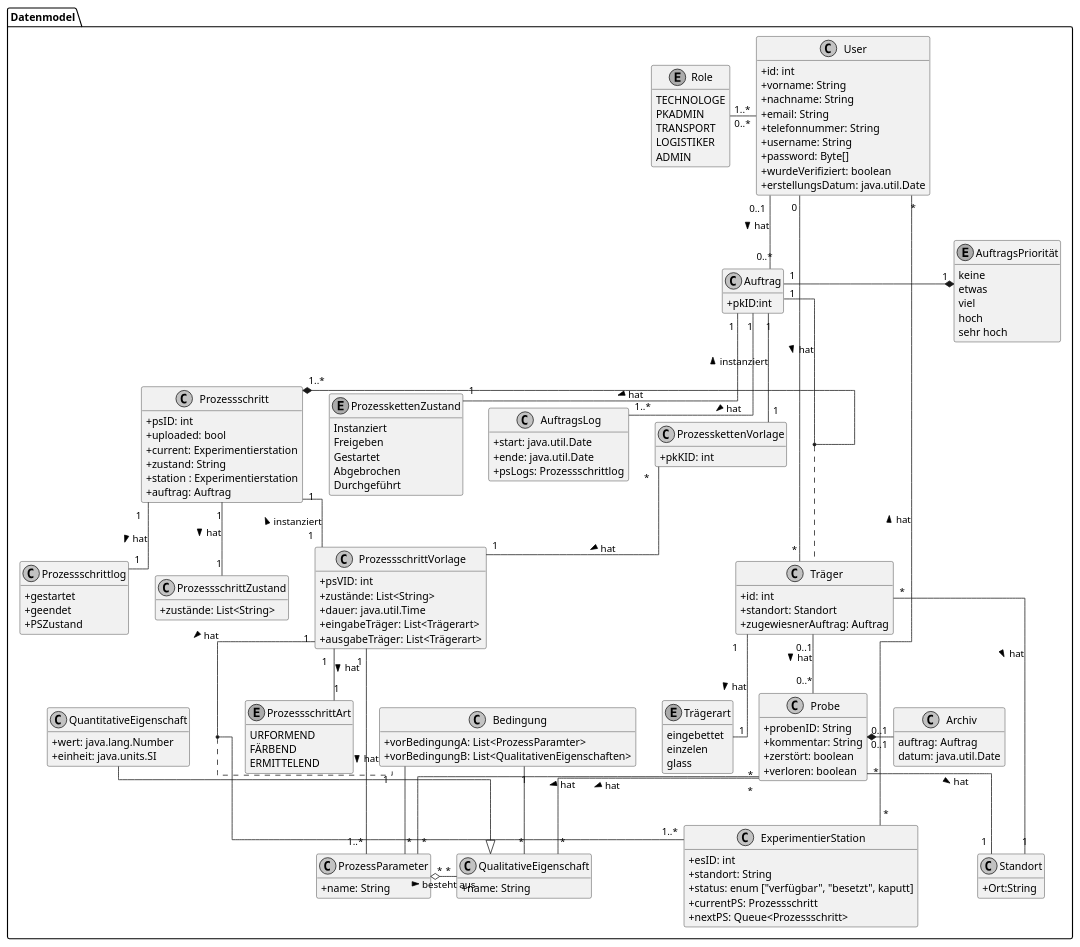
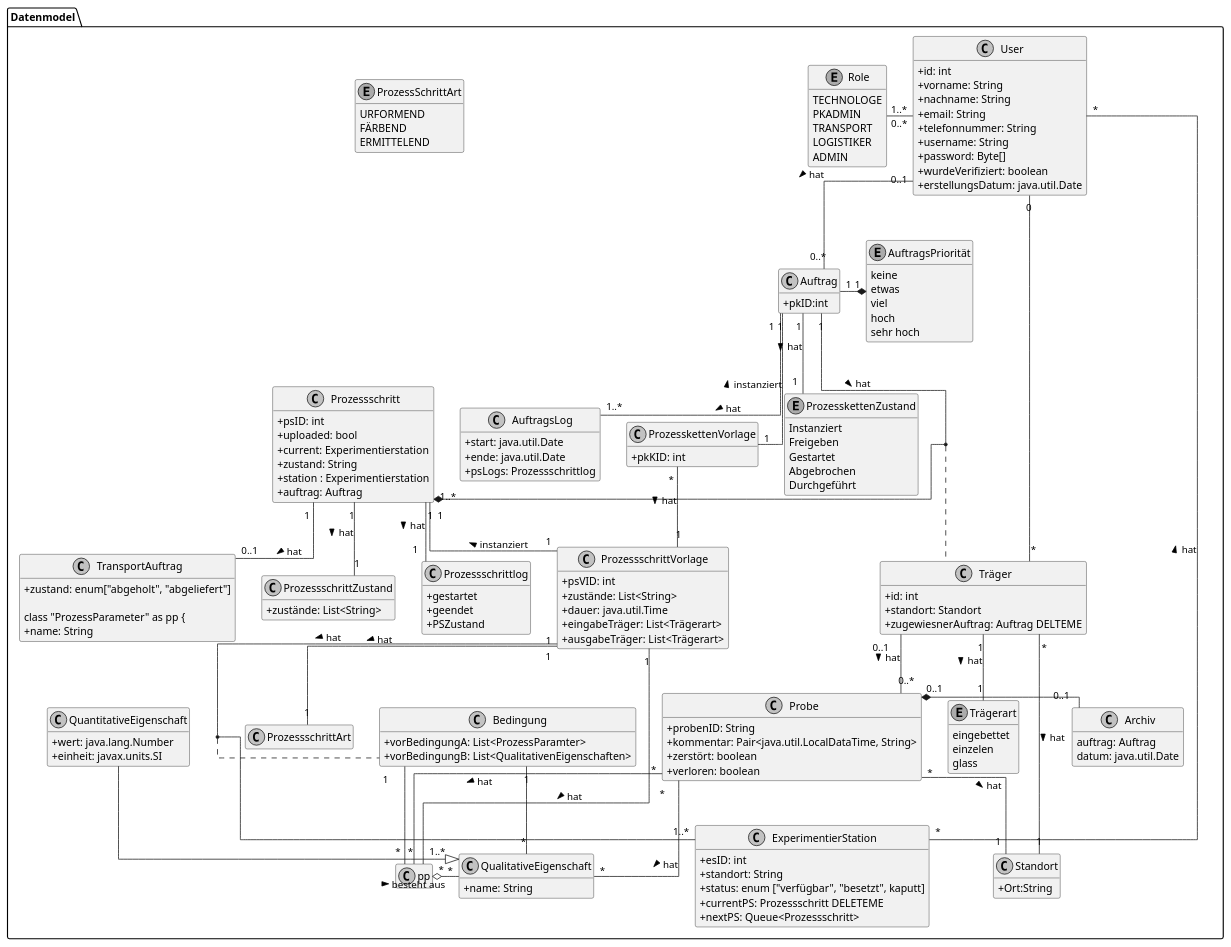
The ninth of 9 diagrams in doc/UML/plantuml.org (fkehlenb/softwareprojekt-2), drawn with PlantUML before and after one commit. The commit also changed 1 other file, not shown here.

Commit message:
Anpassen des Textes vom Model mit unseren Strategien

```diff
--- a/doc/UML/plantuml.org
+++ b/doc/UML/plantuml.org
@@ -224,7 +224,7 @@
 
 class Probe {
   +probenID: String
-  +kommentar: String
+  +kommentar: Pair<java.util.LocalDataTime, String>
   +zerstört: boolean
   +verloren: boolean
 }
@@ -237,7 +237,7 @@
 class Träger {
   +id: int
   +standort: Standort
-  +zugewiesnerAuftrag: Auftrag
+  +zugewiesnerAuftrag: Auftrag DELTEME
 }
 
 enum Trägerart {
@@ -257,7 +257,7 @@
 
 class "QuantitativeEigenschaft" as quantE {
   +wert: java.lang.Number
-  +einheit: java.units.SI
+  +einheit: javax.units.SI
 }
 
 class "Prozessschritt" as ps {
@@ -287,11 +287,14 @@
   +ausgabeTräger: List<Trägerart>
 }
 
-enum ProzessschrittArt {
+enum ProzessSchrittArt {
 URFORMEND
 FÄRBEND
 ERMITTELEND
 }
+
+ class TransportAuftrag {
+   +zustand: enum["abgeholt", "abgeliefert"]
 
  class "ProzessParameter" as pp {
     +name: String
@@ -338,7 +341,7 @@
   +esID: int
   +standort: String
   +status: enum ["verfügbar", "besetzt", kaputt]
-  +currentPS: Prozessschritt
+  +currentPS: Prozessschritt DELETEME
   +nextPS: Queue<Prozessschritt>
 }
 
@@ -362,6 +365,7 @@
   ps "1" -- "1" psV: < instanziert
   ps "1"-- "1" Prozessschrittlog:  hat >
   ps "1" -- "1" ProzessschrittZustand: hat >
+  ps "1" -- "0..1" TransportAuftrag: hat >
 
 
   psV "1" --  "1" ProzessschrittArt: hat >
```
